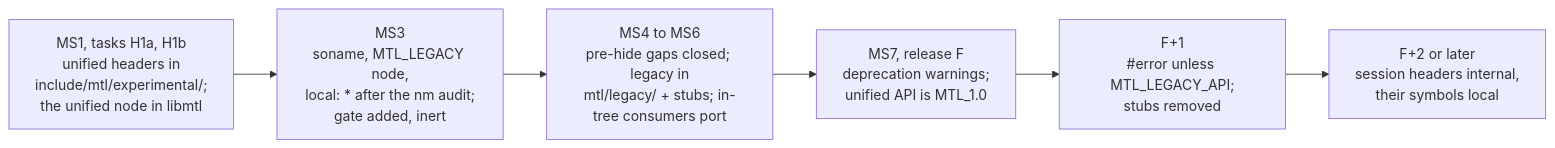
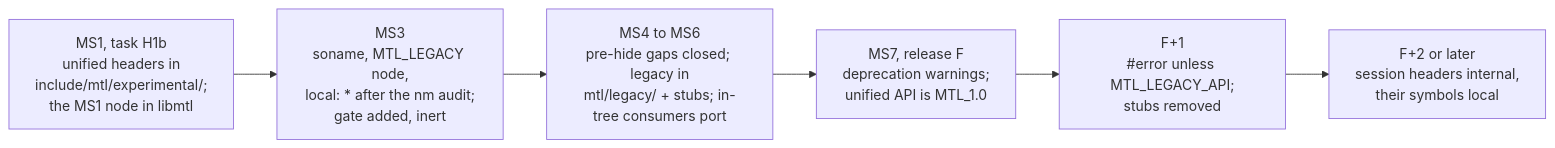
One commit to Sakoram/Media-Transport-Library changed diagram 25 of 56 in doc/unified-api/diagrams.md. Above: the diagram before and after it, drawn with Mermaid. The commit also changed other lines of this file and 53 other files, not shown here.

````diff
--- a/doc/unified-api/diagrams.md
+++ b/doc/unified-api/diagrams.md
@@ -699,8 +700,8 @@
 ```mermaid
 flowchart LR
-    S1["MS1, tasks H1a, H1b<br/>unified headers in<br/>include/mtl/experimental/;<br/>the unified node in libmtl"] --> S3["MS3<br/>soname, MTL_LEGACY node,<br/>local: * after the nm audit;<br/>gate added, inert"]
+    S1["MS1, task H1b<br/>unified headers in<br/>include/mtl/experimental/;<br/>the MS1 node in libmtl"] --> S3["MS3<br/>soname, MTL_LEGACY node,<br/>local: * after the nm audit;<br/>gate added, inert"]
     S3 --> S6["MS4 to MS6<br/>pre-hide gaps closed; legacy in<br/>mtl/legacy/ + stubs; in-tree consumers port"]
     S6 --> F["MS7, release F<br/>deprecation warnings;<br/>unified API is MTL_1.0"]
     F --> F1["F+1<br/>#error unless MTL_LEGACY_API;<br/>stubs removed"]
     F1 --> F2["F+2 or later<br/>session headers internal,<br/>their symbols local"]
 ```
````
